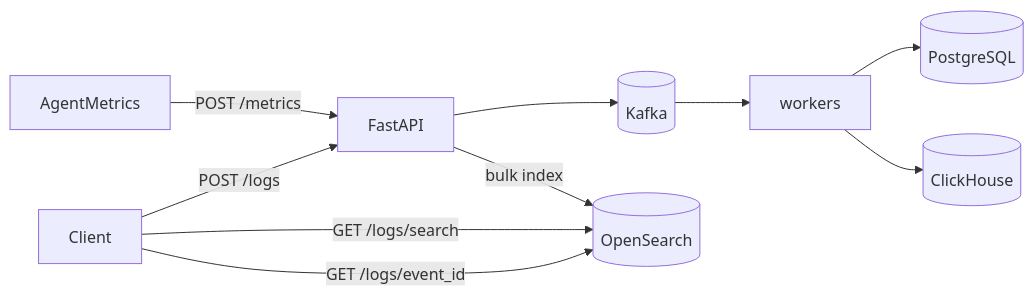
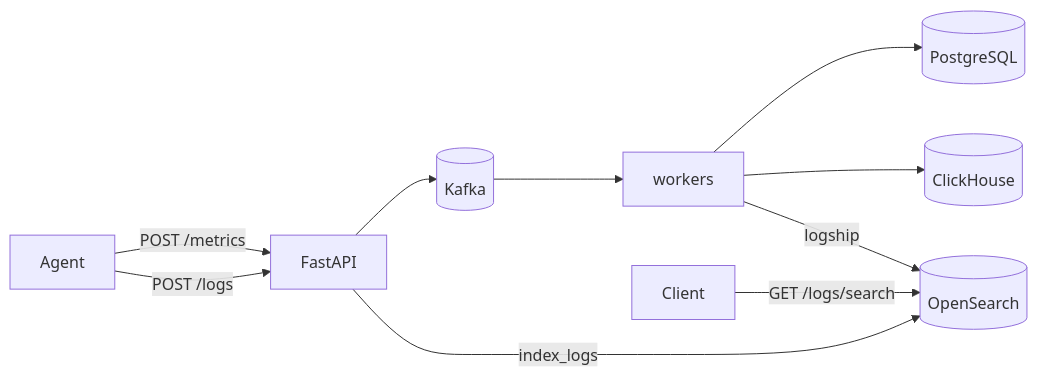
Before and after one commit to jayakrishnan98/InsightNode: the diagram in docs/phase-4-architecture.md, drawn with Mermaid. The commit also changed other lines of this file and 7 other files, not shown here.

````diff
--- a/docs/phase-4-architecture.md
+++ b/docs/phase-4-architecture.md
@@ -18,12 +18,12 @@
 ```mermaid
 flowchart LR
-  AgentMetrics -->|POST /metrics| API[FastAPI]
+  Agent -->|POST /metrics| API[FastAPI]
+  Agent -->|POST /logs| API
   API --> K[(Kafka)]
   K --> W[workers]
   W --> PG[(PostgreSQL)]
   W --> CH[(ClickHouse)]
-  Client -->|POST /logs| API
-  API -->|bulk index| OS[(OpenSearch)]
+  API -->|index_logs| OS[(OpenSearch)]
+  W -->|logship| OS
   Client -->|GET /logs/search| OS
-  Client -->|GET /logs/event_id| OS
 ```
````
